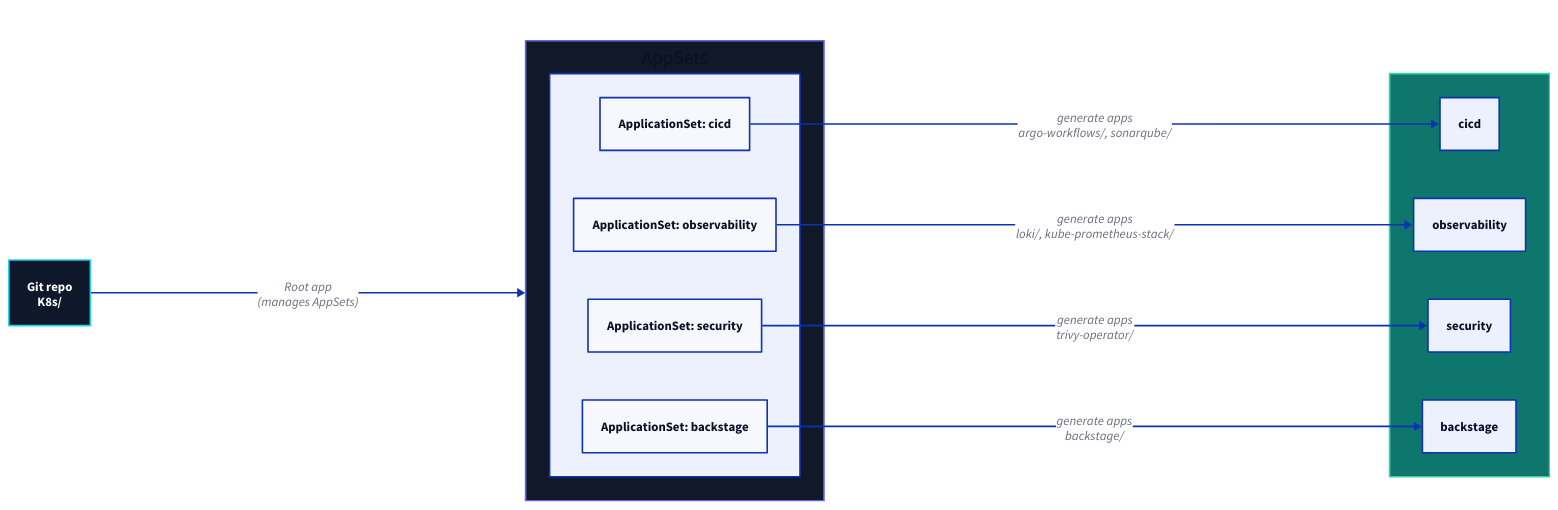
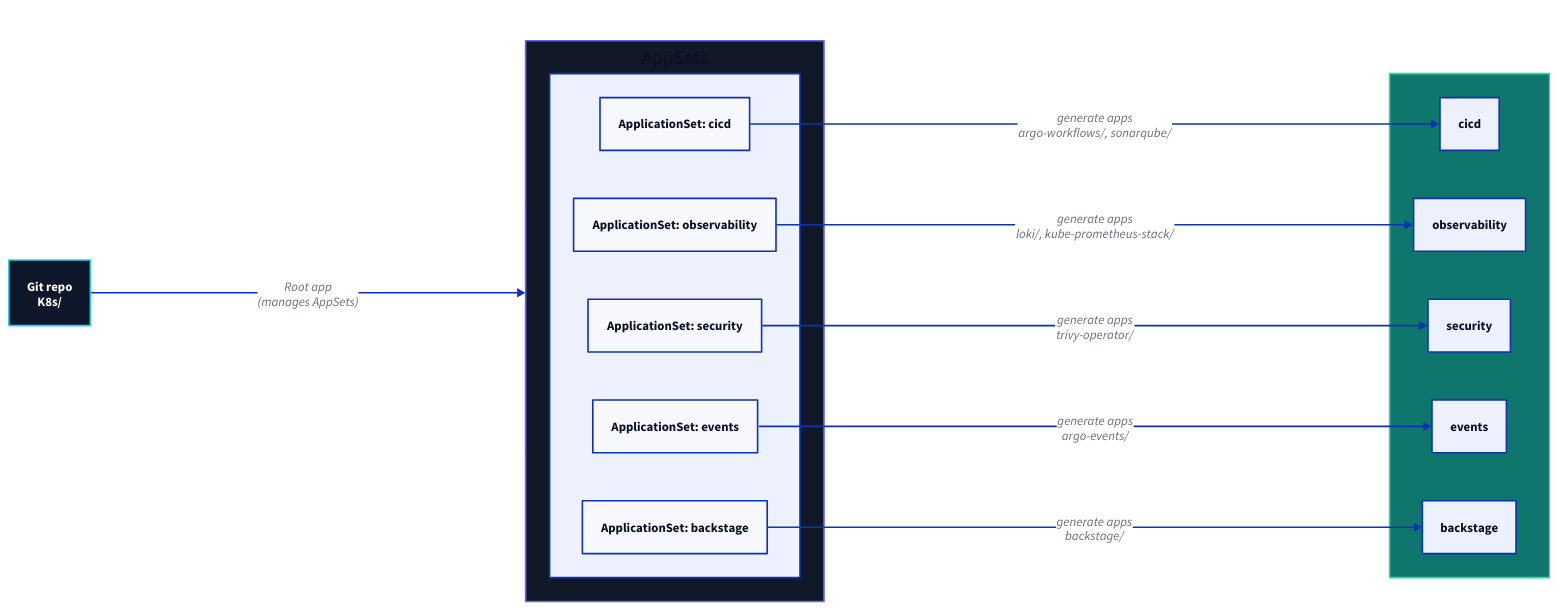
One commit to rou-cru/idp-blueprint changed the diagram in Docs/src/content/docs/architecture/applications.md. Above: the diagram before and after it, drawn with D2. The commit also changed other lines of this file and 14 other files, not shown here.

````diff
--- a/Docs/src/content/docs/architecture/applications.md
+++ b/Docs/src/content/docs/architecture/applications.md
@@ -37,35 +35,38 @@
 ```d2
 direction: right
 
 classes: { git: { style.fill: "#0f172a"; style.stroke: "#22d3ee"; style.font-color: white }
            control: { style.fill: "#111827"; style.stroke: "#6366f1"; style.font-color: white }
            ns: { style.fill: "#0f766e"; style.stroke: "#34d399"; style.font-color: white } }
 
 Git: { class: git; label: "Git repo\nK8s/" }
 
 Argo: {
   class: control
   label: "ArgoCD (app-of-appsets)"
   AppSets: {
     CICD: "ApplicationSet: cicd"
     OBS: "ApplicationSet: observability"
     SEC: "ApplicationSet: security"
+    EVENTS: "ApplicationSet: events"
     DP: "ApplicationSet: backstage"
   }
 }
 
 Cluster: {
   class: ns
   label: "Namespaces"
   CICD: "cicd"
   OBS: "observability"
   SEC: "security"
+  EVENTS: "events"
   DP: "backstage"
 }
 
 Git -> Argo: "Root app\n(manages AppSets)"
 Argo.AppSets.CICD -> Cluster.CICD: "generate apps\nargo-workflows/, sonarqube/"
 Argo.AppSets.OBS -> Cluster.OBS: "generate apps\nloki/, kube-prometheus-stack/"
 Argo.AppSets.SEC -> Cluster.SEC: "generate apps\ntrivy-operator/"
+Argo.AppSets.EVENTS -> Cluster.EVENTS: "generate apps\nargo-events/"
 Argo.AppSets.DP -> Cluster.DP: "generate apps\nbackstage/"
 ```
````
